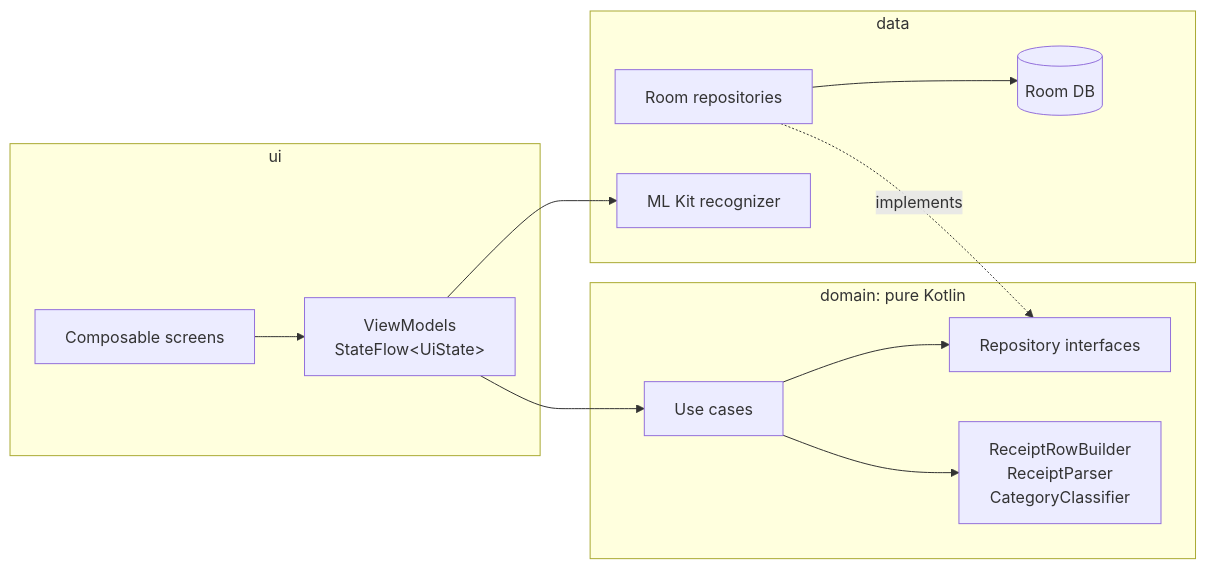
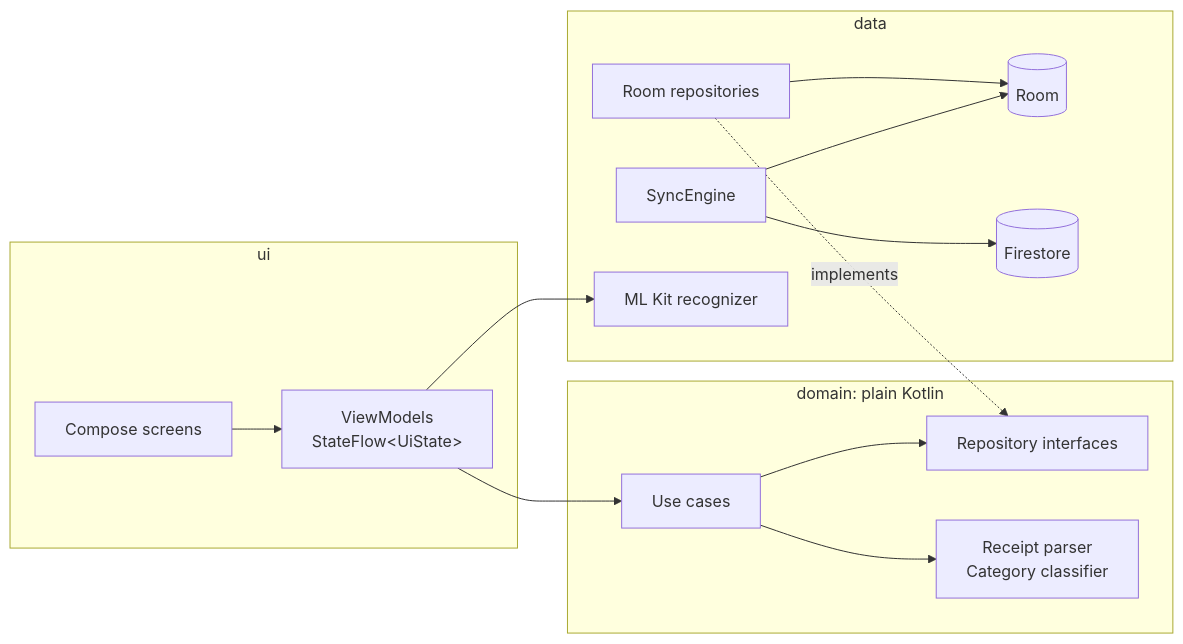
Before and after one commit to mashanan/MySavings: the diagram in README.md, drawn with Mermaid. The commit also changed other lines of this file and 1 other file, not shown here.

````diff
--- a/README.md
+++ b/README.md
@@ -35,17 +98,19 @@
 ```mermaid
 flowchart LR
     subgraph ui [ui]
-        Screen[Composable screens] --> VM[ViewModels<br/>StateFlow&lt;UiState&gt;]
+        Screen[Compose screens] --> VM[ViewModels<br/>StateFlow&lt;UiState&gt;]
     end
-    subgraph domain [domain: pure Kotlin]
+    subgraph domain [domain: plain Kotlin]
         UC[Use cases] --> RepoI[Repository interfaces]
-        UC --> Parser[ReceiptRowBuilder<br/>ReceiptParser<br/>CategoryClassifier]
+        UC --> Parser[Receipt parser<br/>Category classifier]
     end
     subgraph data [data]
-        RepoImpl[Room repositories] --> Room[(Room DB)]
+        RepoImpl[Room repositories] --> Room[(Room)]
+        Sync[SyncEngine] --> Room
+        Sync --> FS[(Firestore)]
         OCR[ML Kit recognizer]
     end
     VM --> UC
     VM --> OCR
     RepoImpl -. implements .-> RepoI
 ```
````
